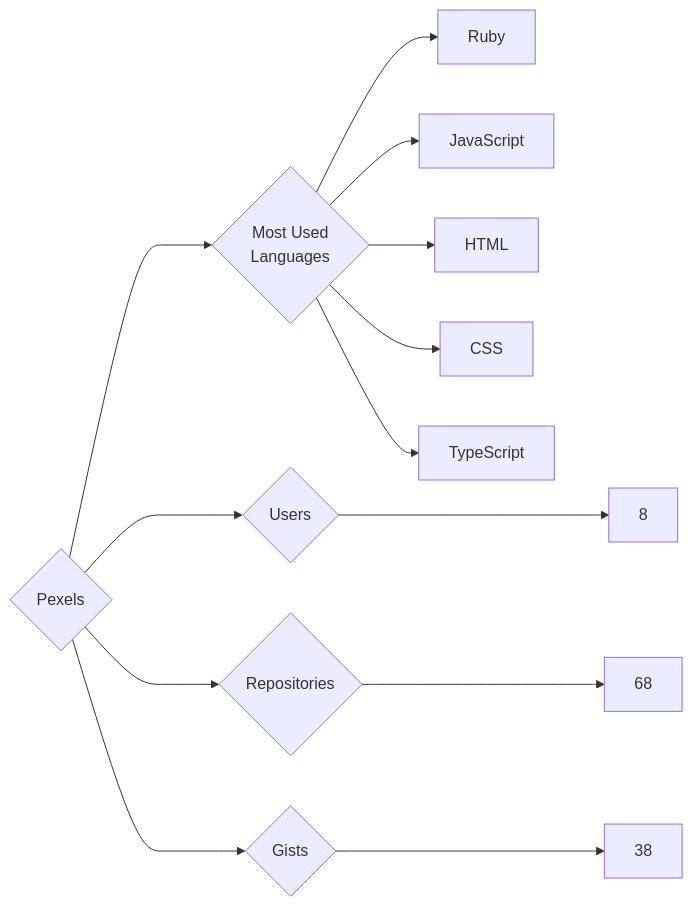
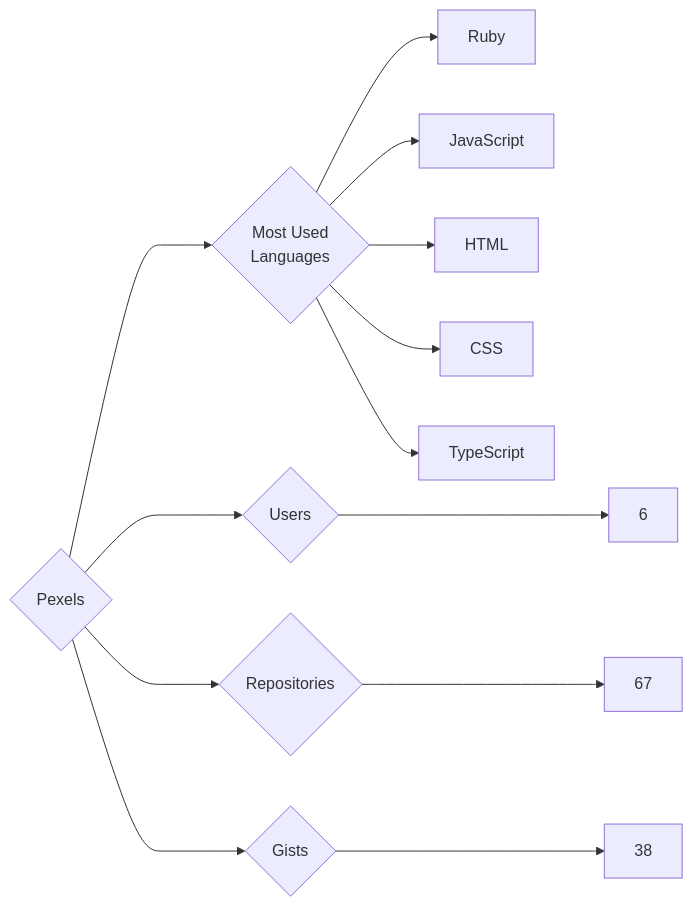
One commit to trickest/insiders changed the diagram in targets/Pexels/README.md. Above: the diagram before and after it, drawn with Mermaid. The commit also changed 955 other files, not shown here.

````diff
--- a/targets/Pexels/README.md
+++ b/targets/Pexels/README.md
@@ -3,13 +3,13 @@
 ```mermaid
 graph LR
 COMPANY_NAME{Pexels}
-COMPANY_NAME ---> U{Users} ---> UN[8]
-COMPANY_NAME ---> R{Repositories} ---> RN[68]
+COMPANY_NAME ---> U{Users} ---> UN[6]
+COMPANY_NAME ---> R{Repositories} ---> RN[67]
 COMPANY_NAME ---> G{Gists} ---> GN[38]
 COMPANY_NAME ---> ML{Most Used<br>Languages}
 ML --> Ruby[Ruby]
 ML --> JavaScript[JavaScript]
 ML --> HTML[HTML]
 ML --> CSS[CSS]
 ML --> TypeScript[TypeScript]
 ```
````
